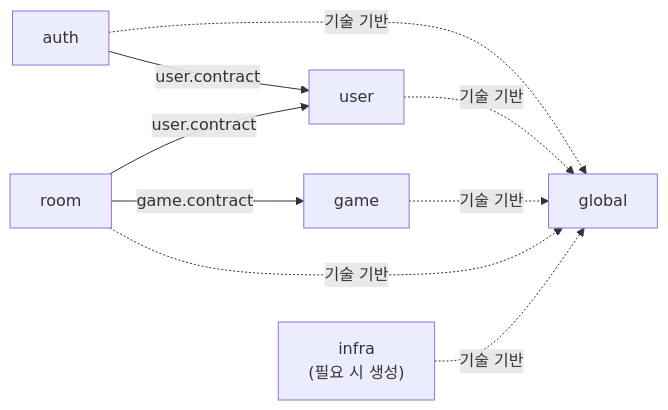
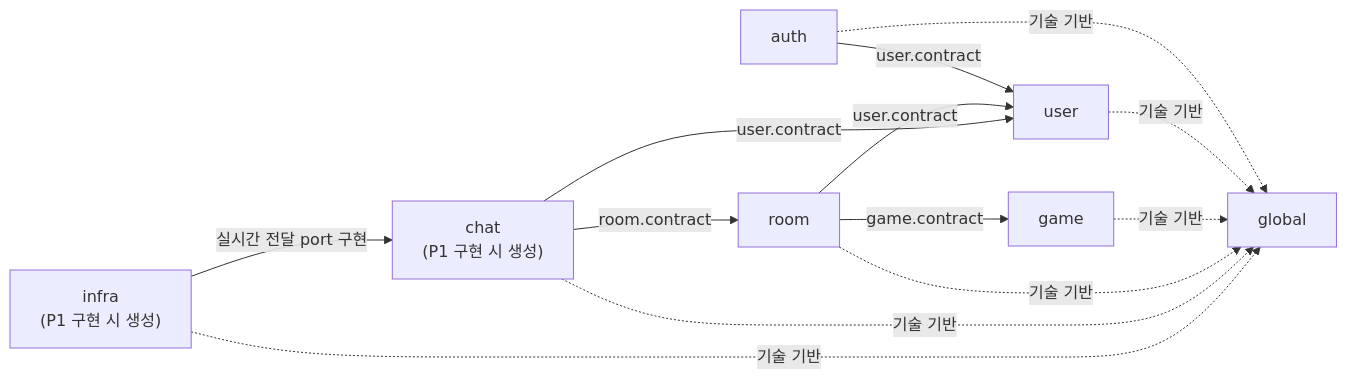
The first of 5 diagrams in docs/ARCHITECTURE.md (bamsongi-club/albam-mate), drawn with Mermaid before and after one commit. The commit also changed other lines of this file and 12 other files, not shown here.

````diff
--- a/docs/ARCHITECTURE.md
+++ b/docs/ARCHITECTURE.md
@@ -49,12 +50,16 @@
 ```mermaid
 flowchart LR
     auth["auth"] -->|"user.contract"| user["user"]
     room["room"] -->|"user.contract"| user
     room -->|"game.contract"| game["game"]
+    chat["chat<br/>(P1 구현 시 생성)"] -->|"room.contract"| room
+    chat -->|"user.contract"| user
 
     auth -.->|"기술 기반"| global["global"]
     user -.->|"기술 기반"| global
     game -.->|"기술 기반"| global
     room -.->|"기술 기반"| global
-    infra["infra<br/>(필요 시 생성)"] -.->|"기술 기반"| global
+    chat -.->|"기술 기반"| global
+    infra["infra<br/>(P1 구현 시 생성)"] -.->|"기술 기반"| global
+    infra -->|"실시간 전달 port 구현"| chat
 ```
````
